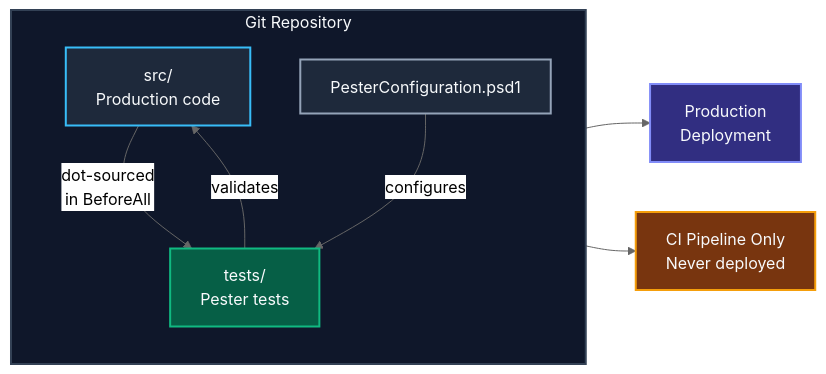
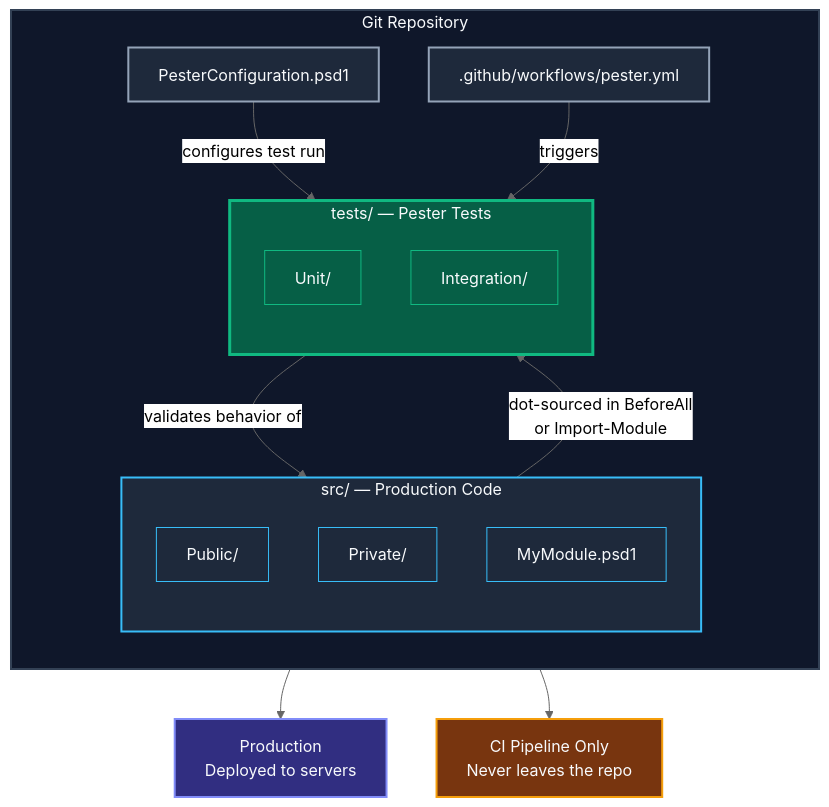
The second of 6 diagrams in Pester-Delivery/Day-1/Modules/02. Enterprise-Positioning.md (gitpavleenbali/Pester-Workshop), drawn with Mermaid (neutral theme) before and after one commit. The commit also changed other lines of this file, not shown here.

Commit message:
Improve Separation of Production Code diagram in Module 02

````diff
--- a/Pester-Delivery/Day-1/Modules/02. Enterprise-Positioning.md
+++ b/Pester-Delivery/Day-1/Modules/02. Enterprise-Positioning.md
@@ -110,23 +110,43 @@
 ```mermaid
-graph LR
-    subgraph Repo["Git Repository"]
+graph TB
+    subgraph REPO["Git Repository"]
         direction TB
-        SRC["src/<br/>Production code"]
-        TST["tests/<br/>Pester tests"]
+
+        subgraph SRC["src/ — Production Code"]
+            direction TB
+            PUB["Public/"]
+            PRIV["Private/"]
+            MOD["MyModule.psd1"]
+        end
+
+        subgraph TST["tests/ — Pester Tests"]
+            direction TB
+            UNIT["Unit/"]
+            INT["Integration/"]
+        end
+
         CFG["PesterConfiguration.psd1"]
+        CIFILE[".github/workflows/pester.yml"]
     end
 
-    SRC -->|"dot-sourced<br/>in BeforeAll"| TST
-    TST -->|"validates"| SRC
-    CFG -->|"configures"| TST
+    SRC -->|"dot-sourced in BeforeAll<br/>or Import-Module"| TST
+    TST -->|"validates behavior of"| SRC
+    CFG -->|"configures test run"| TST
+    CIFILE -->|"triggers"| TST
 
-    SRC --> PROD["Production<br/>Deployment"]
-    TST --> CI["CI Pipeline Only<br/>Never deployed"]
+    SRC --> PROD["Production<br/>Deployed to servers"]
+    TST --> CI["CI Pipeline Only<br/>Never leaves the repo"]
 
-    style Repo fill:#0f172a,stroke:#334155,color:#f8fafc,stroke-width:2px
+    style REPO fill:#0f172a,stroke:#334155,color:#f8fafc,stroke-width:2px
     style SRC fill:#1e293b,stroke:#38bdf8,color:#f8fafc,stroke-width:2px
-    style TST fill:#065f46,stroke:#10b981,color:#f8fafc,stroke-width:2px
+    style TST fill:#065f46,stroke:#10b981,color:#f8fafc,stroke-width:3px
+    style PUB fill:#1e293b,stroke:#38bdf8,color:#f8fafc,stroke-width:1px
+    style PRIV fill:#1e293b,stroke:#38bdf8,color:#f8fafc,stroke-width:1px
+    style MOD fill:#1e293b,stroke:#38bdf8,color:#f8fafc,stroke-width:1px
+    style UNIT fill:#065f46,stroke:#10b981,color:#f8fafc,stroke-width:1px
+    style INT fill:#065f46,stroke:#10b981,color:#f8fafc,stroke-width:1px
     style CFG fill:#1e293b,stroke:#94a3b8,color:#f8fafc,stroke-width:2px
+    style CIFILE fill:#1e293b,stroke:#94a3b8,color:#f8fafc,stroke-width:2px
     style PROD fill:#312e81,stroke:#818cf8,color:#f8fafc,stroke-width:2px
     style CI fill:#78350f,stroke:#f59e0b,color:#f8fafc,stroke-width:2px
 ```
````
